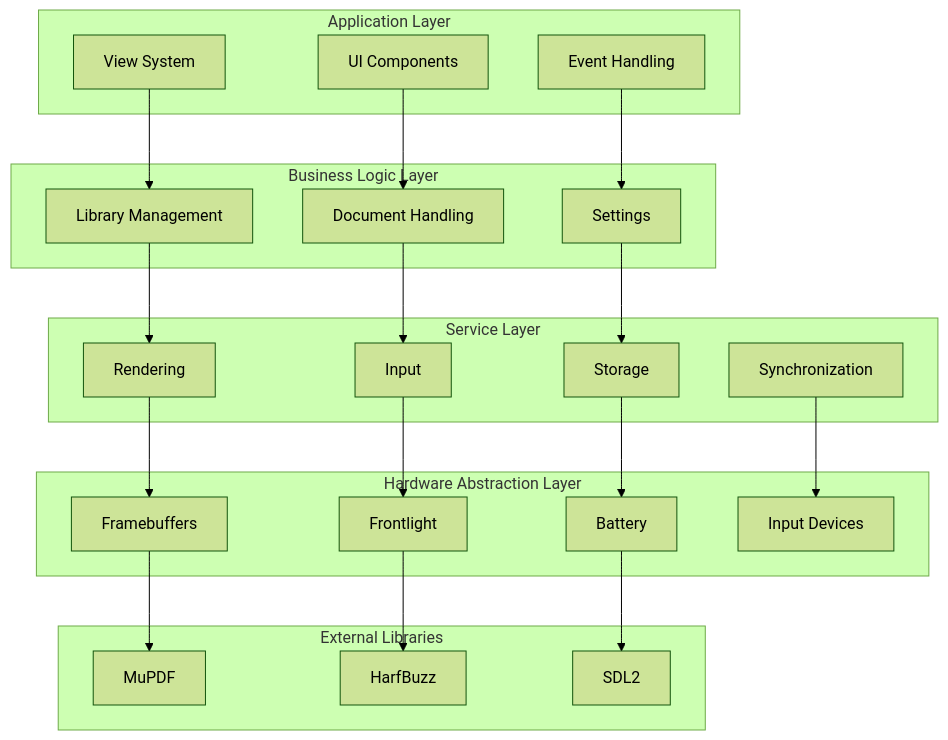
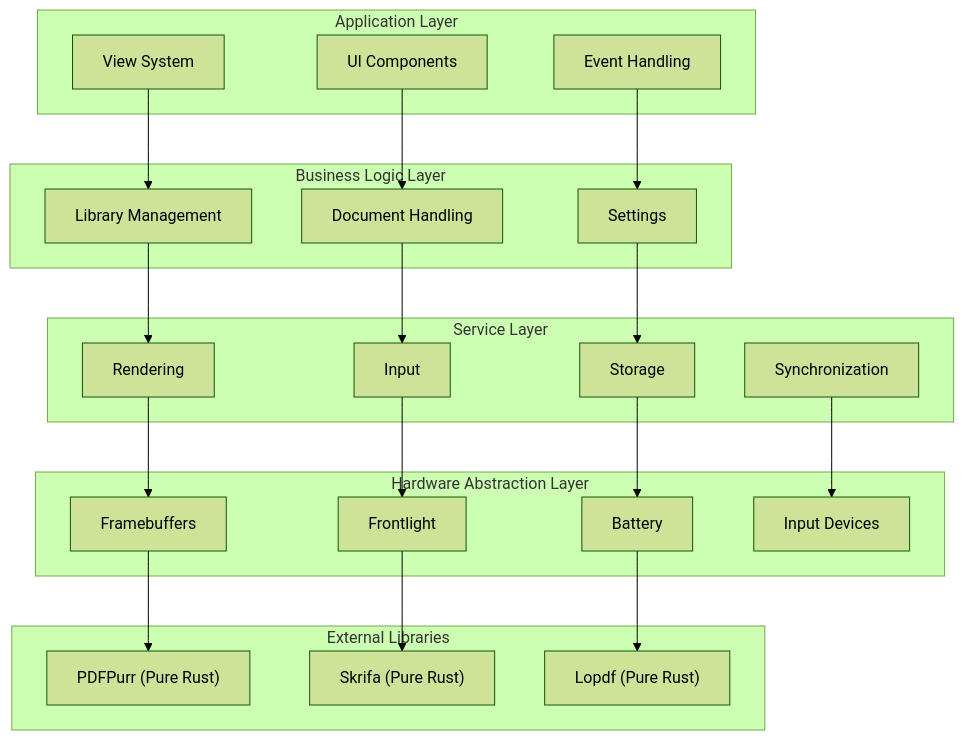
Before and after one commit to jcn363/plato: the diagram in docs/architecture/OVERVIEW.md, drawn with Mermaid (forest theme). The commit also changed other lines of this file, not shown here.

First line of the commit message:
docs: update architecture overview to reflect pure Rust libraries

````diff
--- a/docs/architecture/OVERVIEW.md
+++ b/docs/architecture/OVERVIEW.md
@@ -9,48 +9,48 @@
 ```mermaid
 graph TB
     subgraph Application_Layer["Application Layer"]
         ViewSystem["View System"]
         UI["UI Components"]
         Event["Event Handling"]
     end
 
     subgraph Business_Logic["Business Logic Layer"]
         Library["Library Management"]
         Document["Document Handling"]
         Settings["Settings"]
     end
 
     subgraph Service["Service Layer"]
         Rendering["Rendering"]
         Input["Input"]
         Storage["Storage"]
         Sync["Synchronization"]
     end
 
     subgraph Hardware["Hardware Abstraction Layer"]
         Framebuffer["Framebuffers"]
         Frontlight["Frontlight"]
         Battery["Battery"]
         InputDev["Input Devices"]
     end
 
     subgraph External["External Libraries"]
-        MuPDF["MuPDF"]
-        HarfBuzz["HarfBuzz"]
-        SDL2["SDL2"]
+        PDFPurr["PDFPurr (Pure Rust)"]
+        Skrifa["Skrifa (Pure Rust)"]
+        Lopdf["Lopdf (Pure Rust)"]
     end
 
     ViewSystem --> Library
     UI --> Document
     Event --> Settings
     Library --> Rendering
     Document --> Input
     Settings --> Storage
     Rendering --> Framebuffer
     Input --> Frontlight
     Storage --> Battery
     Sync --> InputDev
-    Framebuffer --> MuPDF
-    Frontlight --> HarfBuzz
-    Battery --> SDL2
+    Framebuffer --> PDFPurr
+    Frontlight --> Skrifa
+    Battery --> Lopdf
 ```
````
